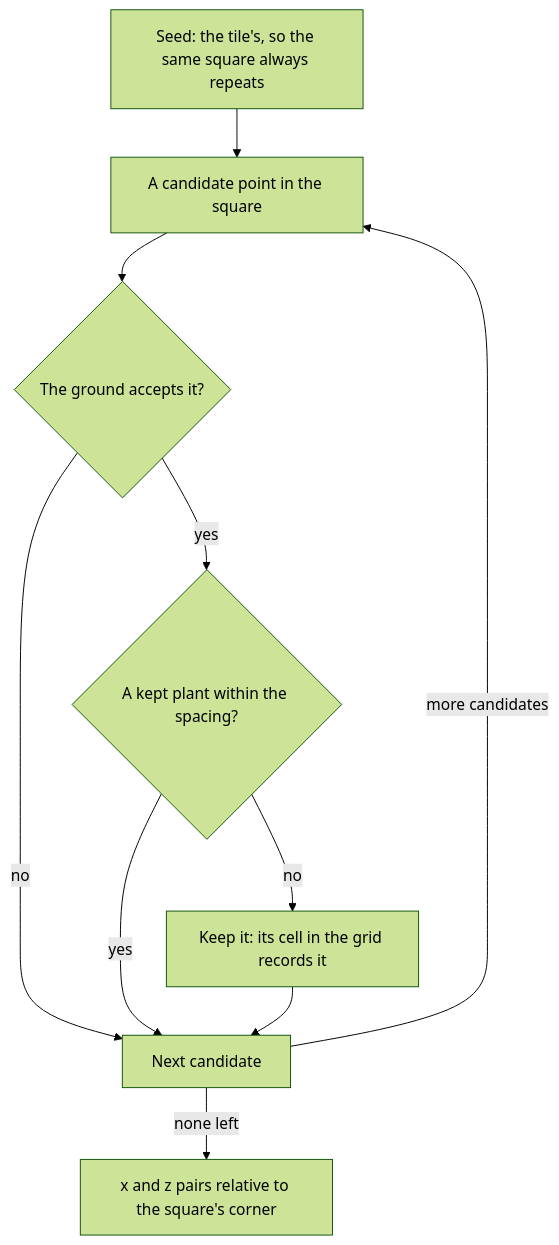
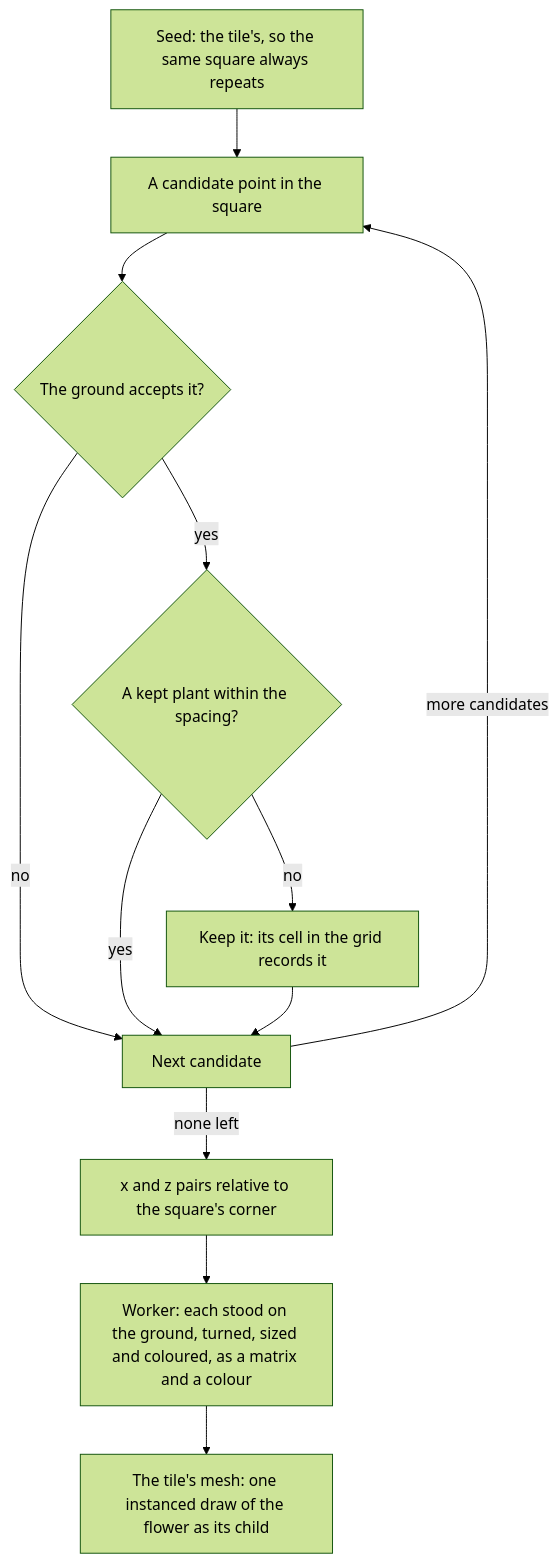
The diagram in apps/web/content/docs/genshin/scatter.md (Esposter/Esposter), drawn with Mermaid (forest theme) before and after one commit. The commit also changed other lines of this file and 30 other files, not shown here.

Commit message:
feat(genshin): a tree is a species drawn as its mesh near the eye and a baked impostor far from it, crossing over by a dither, and each finest tile grows its flowers in the terrain's worker

````diff
--- a/apps/web/content/docs/genshin/scatter.md
+++ b/apps/web/content/docs/genshin/scatter.md
@@ -12,12 +12,14 @@
 ```mermaid
 flowchart TD
   SEED["Seed: the tile's, so the same square always repeats"] --> CAND["A candidate point in the square"]
   CAND --> ACC{"The ground accepts it?"}
   ACC -->|no| NEXT["Next candidate"]
   ACC -->|yes| CROWD{"A kept plant within the spacing?"}
   CROWD -->|yes| NEXT
   CROWD -->|no| KEEP["Keep it: its cell in the grid records it"]
   KEEP --> NEXT
   NEXT -->|more candidates| CAND
   NEXT -->|none left| OUT["x and z pairs relative to the square's corner"]
+  OUT --> PLANT["Worker: each stood on the ground, turned, sized and coloured, as a matrix and a colour"]
+  PLANT --> DRAW["The tile's mesh: one instanced draw of the flower as its child"]
 ```
````
